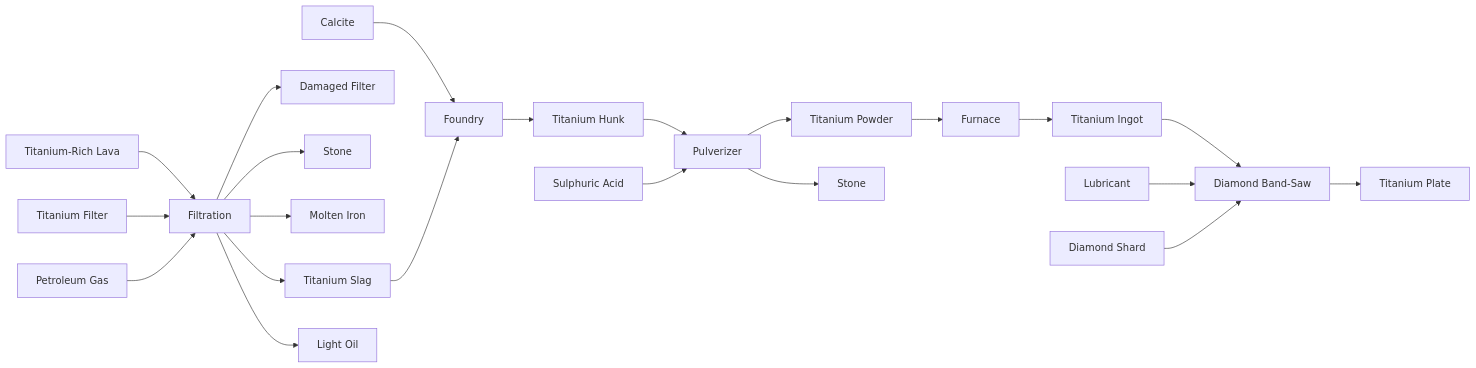
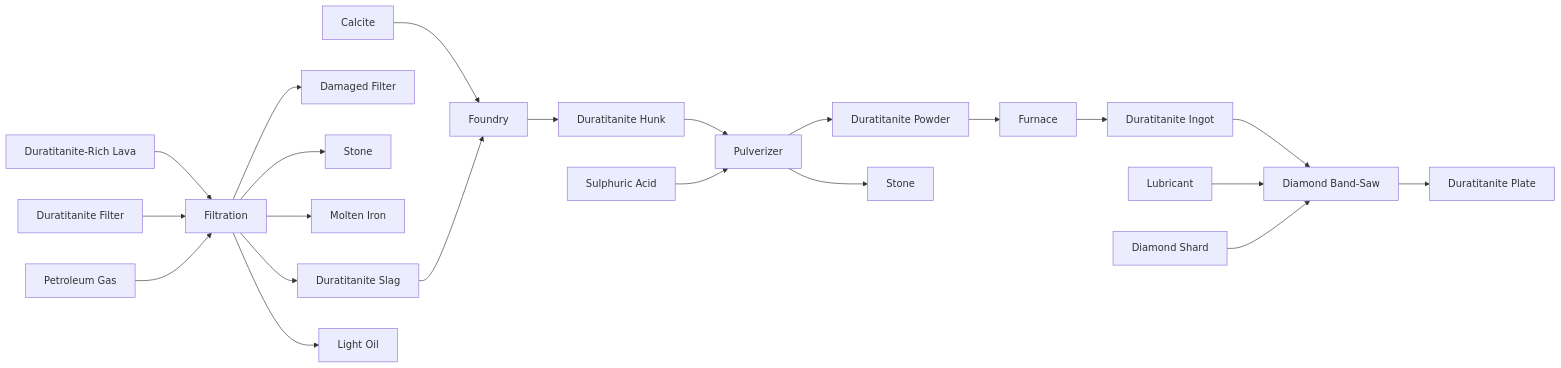
Before and after one commit to Nicholas-Tuttle/Subterranio: the second of 3 diagrams in subterranio-vulcanus/todo.md, drawn with Mermaid. The commit also changed other lines of this file and 15 other files, not shown here.

Commit message:
Rename titanium to duratitanite

````diff
--- a/subterranio-vulcanus/todo.md
+++ b/subterranio-vulcanus/todo.md
@@ -56,44 +56,44 @@
 ```mermaid
     graph LR;
-        LT[Titanium-Rich Lava]
-        TS[Titanium Slag]
-        TH[Titanium Hunk]
-        TPow[Titanium Powder]
-        TI[Titanium Ingot]
-        TP[Titanium Plate]
+        LT[Duratitanite-Rich Lava]
+        TS[Duratitanite Slag]
+        TH[Duratitanite Hunk]
+        TPow[Duratitanite Powder]
+        TI[Duratitanite Ingot]
+        TP[Duratitanite Plate]
 
-        TF[Titanium Filter]
+        TF[Duratitanite Filter]
         DF[Damaged Filter]
 
         S1[Stone]
         S2[Stone]
         I[Molten Iron]
         FO[Foundry]
         C[Calcite]
         FI[Filtration]
         PV[Pulverizer]
         F[Furnace]
         DBS[Diamond Band-Saw]
         L[Lubricant]
         SI[Sulphuric Acid]
         DS[Diamond Shard]
         PG[Petroleum Gas]
         LO[Light Oil]
 
         LT-->FI
         TF-->FI
         PG-->FI
         C-->FO
         TS-->FO
         TH-->PV-->TPow-->F-->TI-->DBS-->TP
         SI-->PV
         PV-->S2
         FI-->TS
         FI-->S1
         FI-->I
         FI-->LO
         FI-->DF
         FO-->TH
         L-->DBS
         DS-->DBS
 ```
````
